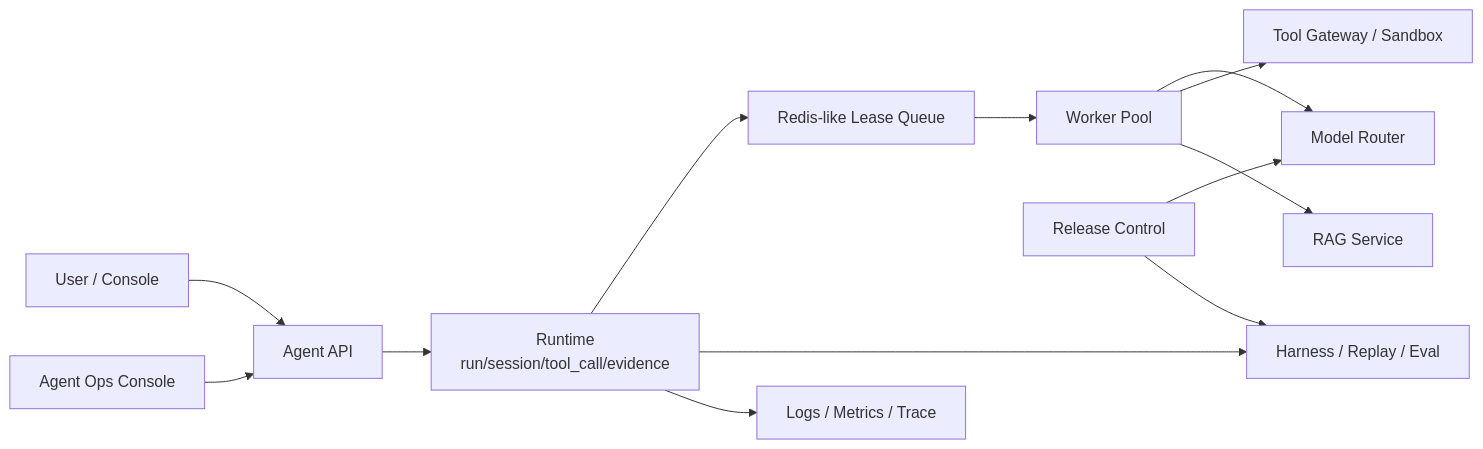
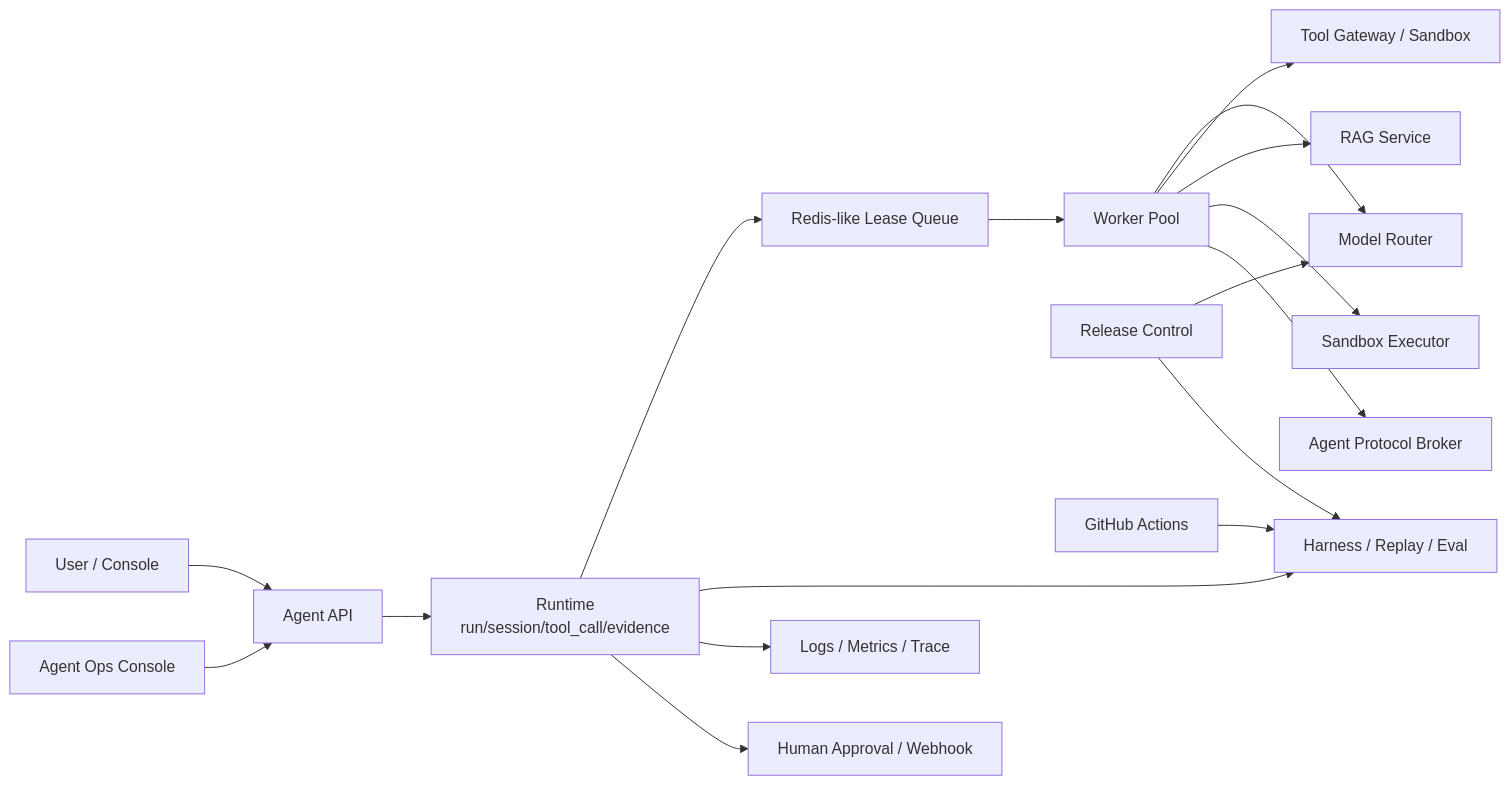
The diagram in docs/system-design-agent-platform.md (zixiliuyue/my-llm-agent), drawn with Mermaid before and after one commit. The commit also changed other lines of this file and 46 other files, not shown here.

````diff
--- a/docs/system-design-agent-platform.md
+++ b/docs/system-design-agent-platform.md
@@ -7,15 +7,19 @@
 ```mermaid
 flowchart LR
   User["User / Console"] --> API["Agent API"]
   API --> Runtime["Runtime<br/>run/session/tool_call/evidence"]
   Runtime --> Queue["Redis-like Lease Queue"]
   Queue --> Worker["Worker Pool"]
   Worker --> Router["Model Router"]
   Worker --> Tools["Tool Gateway / Sandbox"]
   Worker --> RAG["RAG Service"]
   Runtime --> Harness["Harness / Replay / Eval"]
   Runtime --> Observability["Logs / Metrics / Trace"]
+  Runtime --> HITL["Human Approval / Webhook"]
+  Worker --> SandboxExec["Sandbox Executor"]
+  Worker --> Broker["Agent Protocol Broker"]
   Release["Release Control"] --> Router
   Release --> Harness
+  CI["GitHub Actions"] --> Harness
   Console["Agent Ops Console"] --> API
 ```
````
